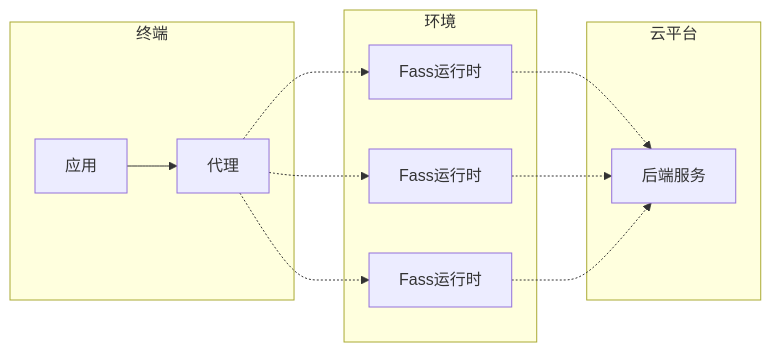
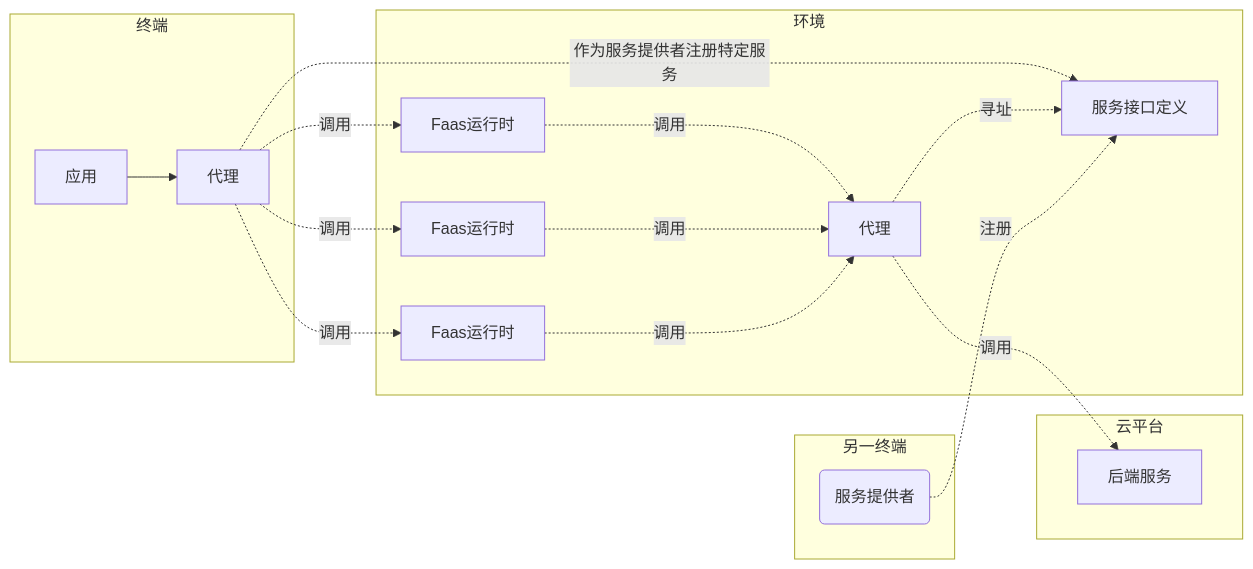
The second of 3 diagrams in documents/xserverless.md (xserverless/xserverless), drawn with Mermaid before and after one commit. The commit also changed 24 other files, not shown here.

````diff
--- a/documents/xserverless.md
+++ b/documents/xserverless.md
@@ -31,19 +31,30 @@
 ```mermaid
 flowchart LR
 
 subgraph 终端
 	应用 --> p[代理]
 end
 
 subgraph 环境
-f1[Fass运行时]
-f2[Fass运行时]
-f3[Fass运行时]
+f1[Faas运行时]
+f2[Faas运行时]
+f3[Faas运行时]
+spi[服务接口定义]
+proxy[代理]
+
 end
 
 subgraph 云平台
 b[后端服务]
 end
 
-p -.-> f1 & f2 & f3 -.-> b
+subgraph 另一终端
+	s(服务提供者)
+end
+
+p -.->|调用| f1 & f2 & f3 -.->|调用| proxy -.->|调用| b
+p -.->|作为服务提供者注册特定服务| spi
+proxy -.->|寻址| spi
+s -.->|注册| spi
+
 ```
````
